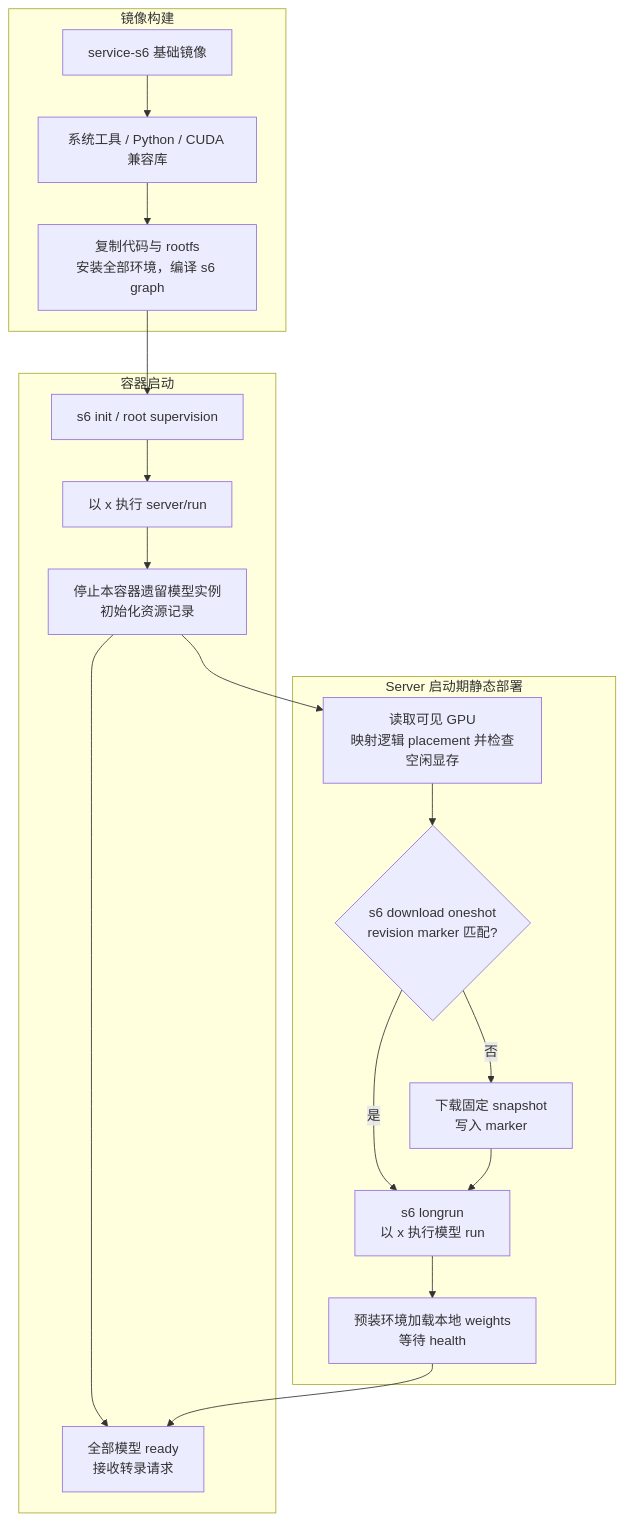
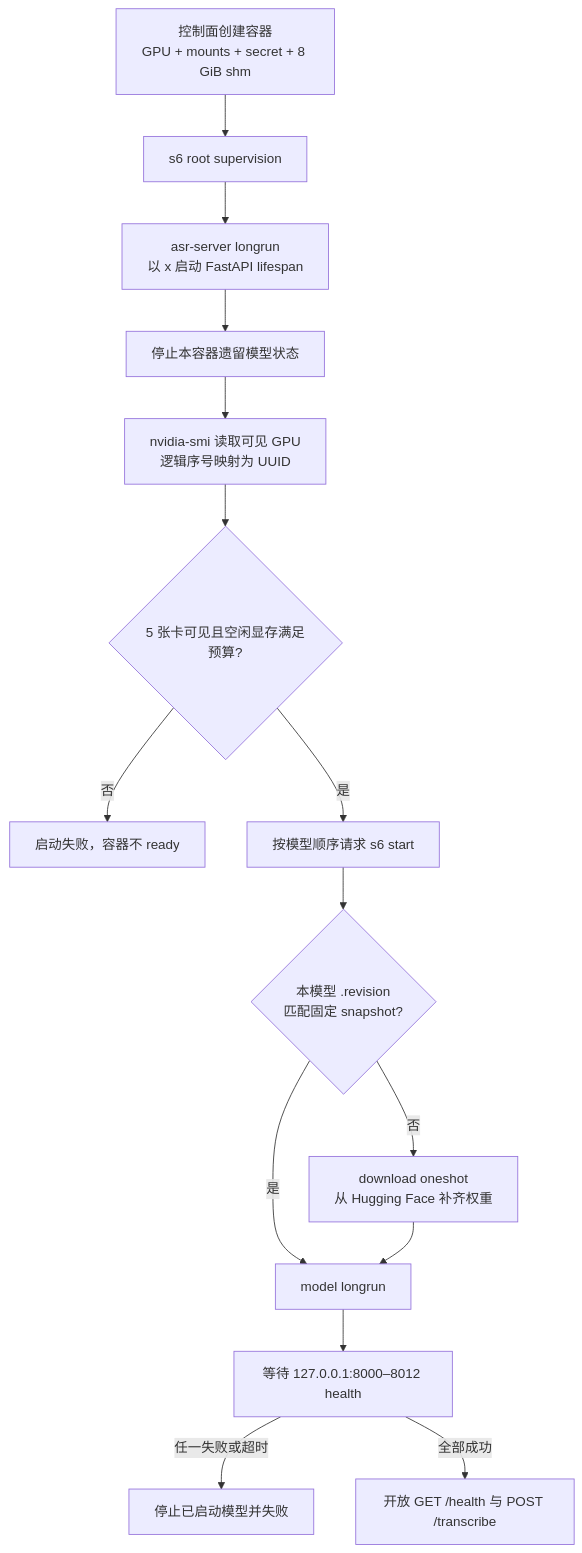
The second of 3 diagrams in platform/container/services/asr/DESIGN.md (curoky/codespace), drawn with Mermaid before and after one commit. The commit also changed other lines of this file and 27 other files, not shown here.

First line of the commit message:
refactor(asr): modernize model integration

````diff
--- a/platform/container/services/asr/DESIGN.md
+++ b/platform/container/services/asr/DESIGN.md
@@ -106,22 +27,17 @@
 ```mermaid
 flowchart TD
-    subgraph Build[镜像构建]
-        B1[service-s6 基础镜像] --> B2[系统工具 / Python / CUDA 兼容库]
-        B2 --> B3[复制代码与 rootfs<br/>安装全部环境，编译 s6 graph]
-    end
-    subgraph Boot[容器启动]
-        B3 --> I[s6 init / root supervision]
-        I --> S[以 x 执行 server/run]
-        S --> R[停止本容器遗留模型实例<br/>初始化资源记录]
-        R --> H[HTTP ready<br/>接收转录请求]
-    end
-    subgraph Deploy[Server 启动期静态部署]
-        R --> A[读取可见 GPU<br/>映射逻辑 placement 并检查空闲显存]
-        A --> D{s6 download oneshot<br/>revision marker 匹配?}
-        D -->|否| U[下载固定 snapshot<br/>写入 marker]
-        D -->|是| M[s6 longrun<br/>以 x 执行模型 run]
-        U --> M
-        M --> V[预装环境加载本地 weights<br/>等待 health]
-        V --> H[全部模型 ready<br/>接收转录请求]
-    end
+    C[控制面创建容器<br/>GPU + mounts + secret + 8 GiB shm] --> S6[s6 root supervision]
+    S6 --> Server[asr-server longrun<br/>以 x 启动 FastAPI lifespan]
+    Server --> Reset[停止本容器遗留模型状态]
+    Reset --> Inventory[nvidia-smi 读取可见 GPU<br/>逻辑序号映射为 UUID]
+    Inventory --> Guard{5 张卡可见且空闲显存满足预算?}
+    Guard -->|否| Fail[启动失败，容器不 ready]
+    Guard -->|是| Start[按模型顺序请求 s6 start]
+    Start --> Download{本模型 .revision<br/>匹配固定 snapshot?}
+    Download -->|否| HF[download oneshot<br/>从 Hugging Face 补齐权重]
+    Download -->|是| Run[model longrun]
+    HF --> Run
+    Run --> Health[等待 127.0.0.1:8000–8012 health]
+    Health -->|任一失败或超时| Cleanup[停止已启动模型并失败]
+    Health -->|全部成功| Ready[开放 GET /health 与 POST /transcribe]
 ```
````
